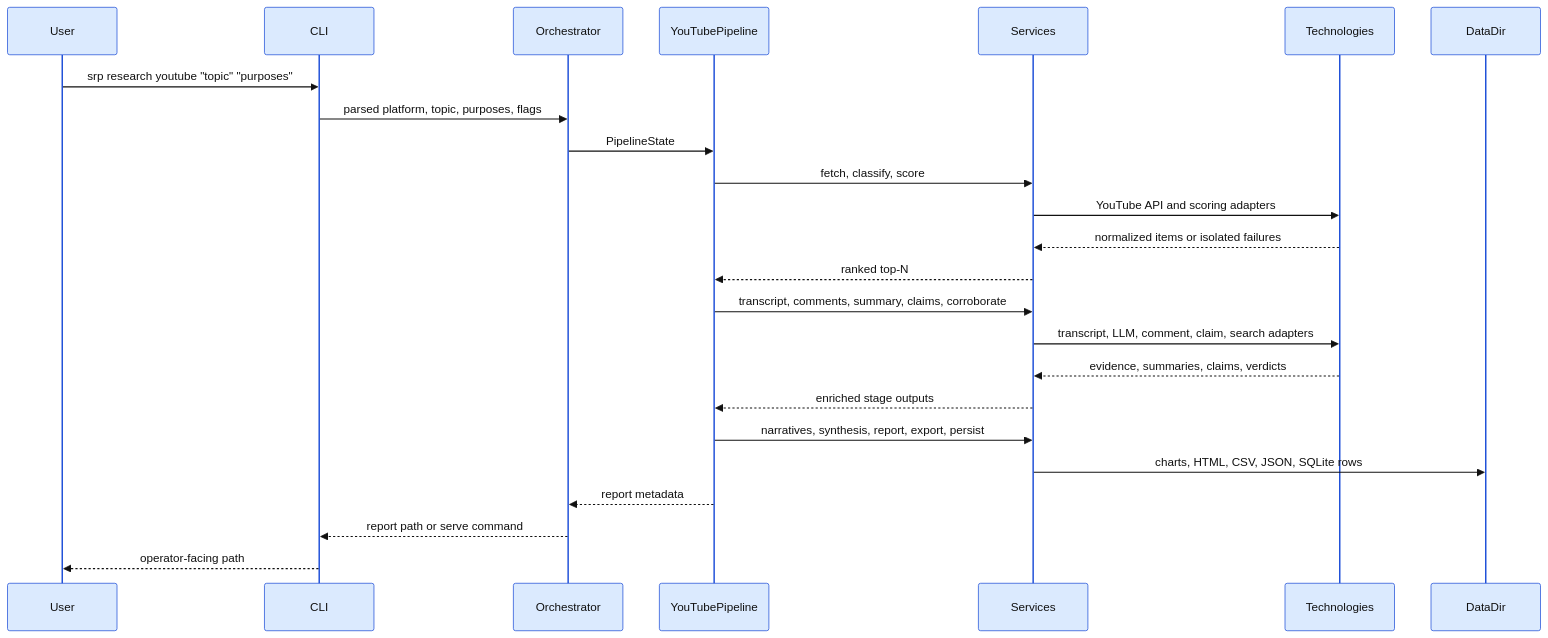
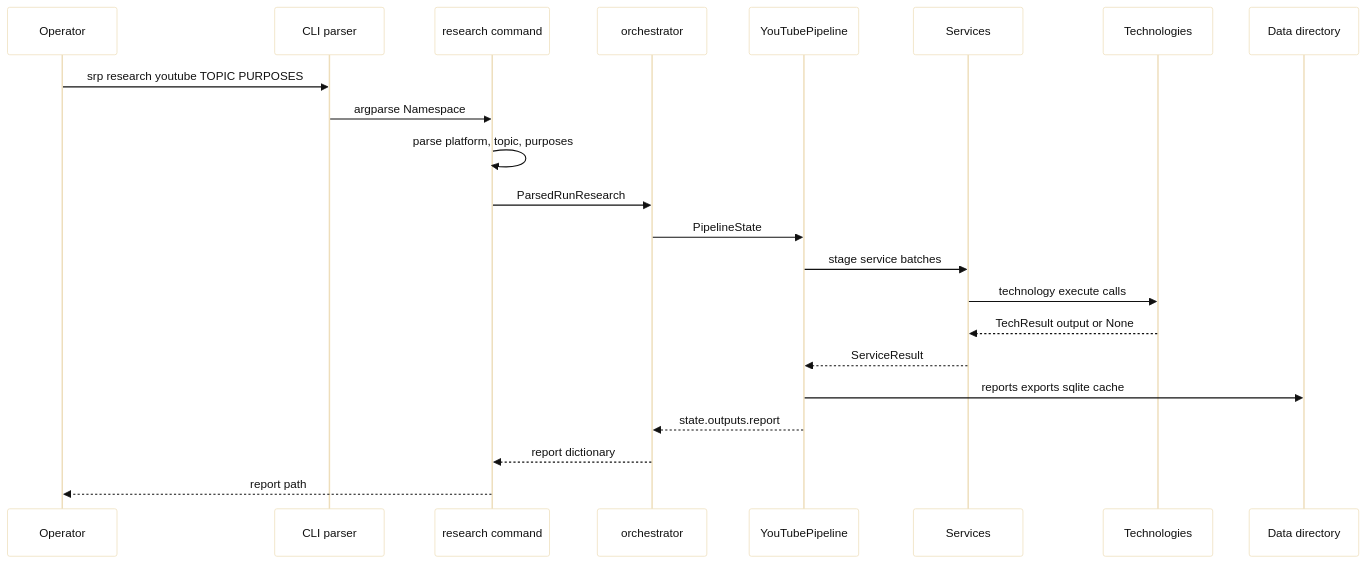
One commit to reshinto/social-research-probe changed the diagram in docs/diagrams/src/research-sequence.mmd. Above: the diagram before and after it, drawn with Mermaid. The commit also changed 107 other files, not shown here.

```diff
--- a/docs/diagrams/src/research-sequence.mmd
+++ b/docs/diagrams/src/research-sequence.mmd
@@ -1,25 +1,23 @@
-%%{init: {"theme":"base","themeVariables":{"background":"#ffffff","mainBkg":"#ffffff","primaryTextColor":"#111111","lineColor":"#333333","fontFamily":"Arial, sans-serif","actorBkg":"#dbeafe","actorBorder":"#1d4ed8","actorTextColor":"#111111","activationBkgColor":"#fef3c7","activationBorderColor":"#d97706","noteBkgColor":"#dcfce7","noteBorderColor":"#15803d"}}}%%
+%%{init: {"theme":"base","themeVariables":{"background":"#ffffff","mainBkg":"#ffffff","primaryTextColor":"#111111","lineColor":"#333333","fontFamily":"Arial, sans-serif","clusterBkg":"#ffffff","clusterBorder":"#d0d7de"}}}%%
 sequenceDiagram
-  participant U as User
-  participant C as CLI
-  participant O as Orchestrator
+  participant U as Operator
+  participant C as CLI parser
+  participant R as research command
+  participant O as orchestrator
   participant P as YouTubePipeline
   participant S as Services
   participant T as Technologies
-  participant D as DataDir
-  U->>C: srp research youtube "topic" "purposes"
-  C->>O: parsed platform, topic, purposes, flags
+  participant D as Data directory
+  U->>C: srp research youtube TOPIC PURPOSES
+  C->>R: argparse Namespace
+  R->>R: parse platform, topic, purposes
+  R->>O: ParsedRunResearch
   O->>P: PipelineState
-  P->>S: fetch, classify, score
-  S->>T: YouTube API and scoring adapters
-  T-->>S: normalized items or isolated failures
-  S-->>P: ranked top-N
-  P->>S: transcript, comments, summary, claims, corroborate
-  S->>T: transcript, LLM, comment, claim, search adapters
-  T-->>S: evidence, summaries, claims, verdicts
-  S-->>P: enriched stage outputs
-  P->>S: narratives, synthesis, report, export, persist
-  S->>D: charts, HTML, CSV, JSON, SQLite rows
-  P-->>O: report metadata
-  O-->>C: report path or serve command
-  C-->>U: operator-facing path
+  P->>S: stage service batches
+  S->>T: technology execute calls
+  T-->>S: TechResult output or None
+  S-->>P: ServiceResult
+  P->>D: reports exports sqlite cache
+  P-->>O: state.outputs.report
+  O-->>R: report dictionary
+  R-->>U: report path
```
